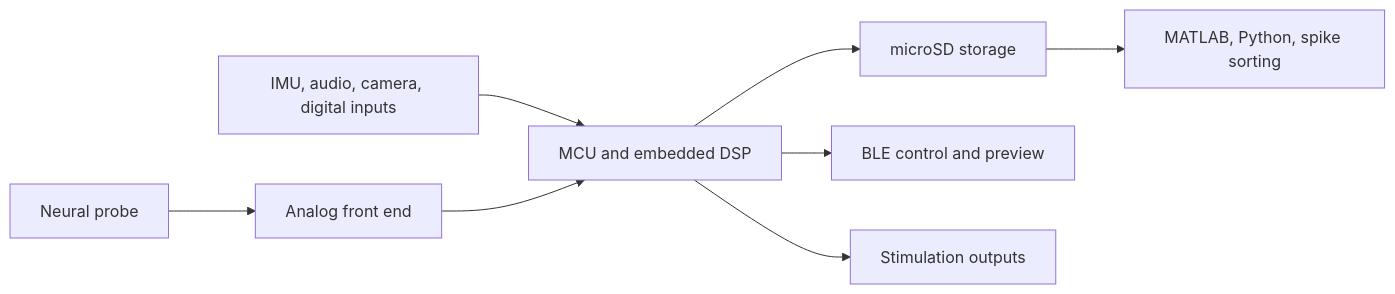
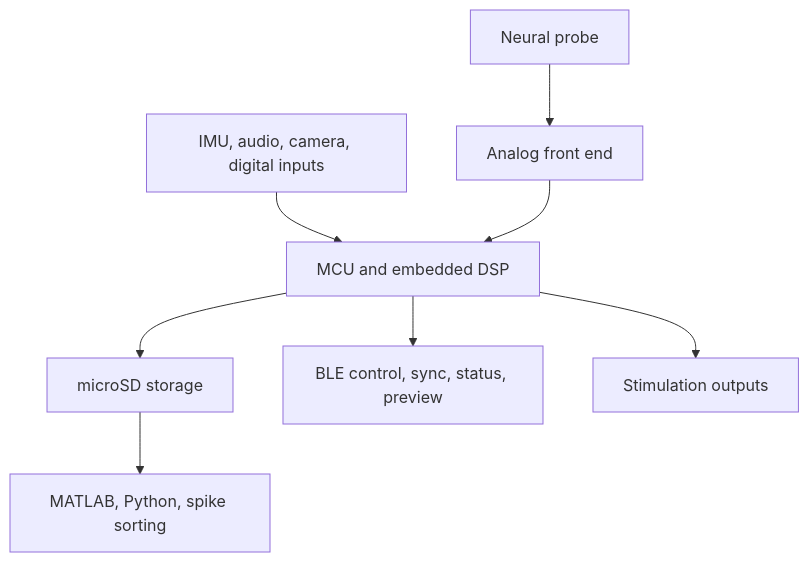
Before and after one commit to zifangzhao/Neurologger: the diagram in docs/hardware/device-overview.md, drawn with Mermaid. The commit also changed other lines of this file and 26 other files, not shown here.

````diff
--- a/docs/hardware/device-overview.md
+++ b/docs/hardware/device-overview.md
@@ -9,10 +11,10 @@
 ```mermaid
-flowchart LR
+flowchart TB
   Probe[Neural probe] --> AFE[Analog front end]
   Sensors[IMU, audio, camera, digital inputs] --> MCU[MCU and embedded DSP]
   AFE --> MCU
   MCU --> SD[microSD storage]
-  MCU --> BLE[BLE control and preview]
+  MCU --> BLE[BLE control, sync, status, preview]
   MCU --> Stim[Stimulation outputs]
   SD --> Analysis[MATLAB, Python, spike sorting]
 ```
````
